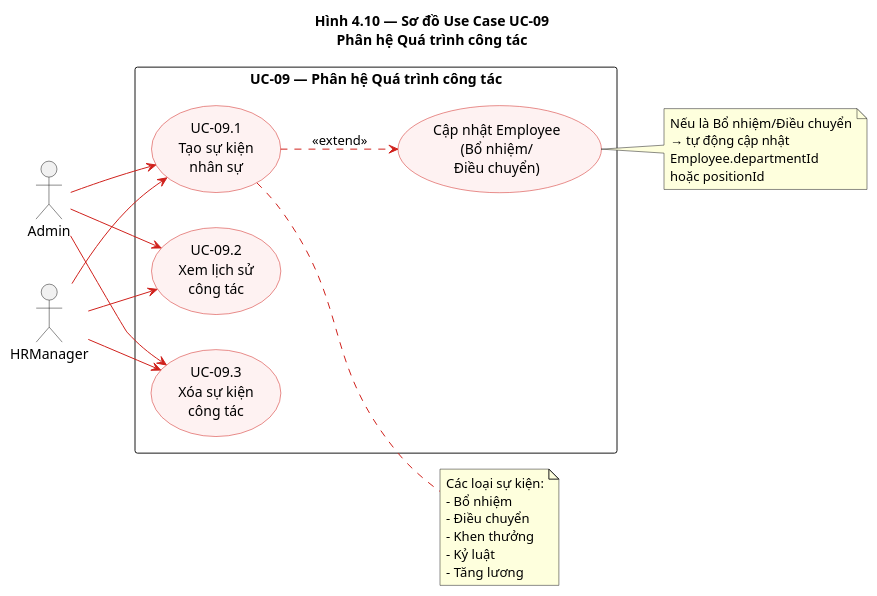
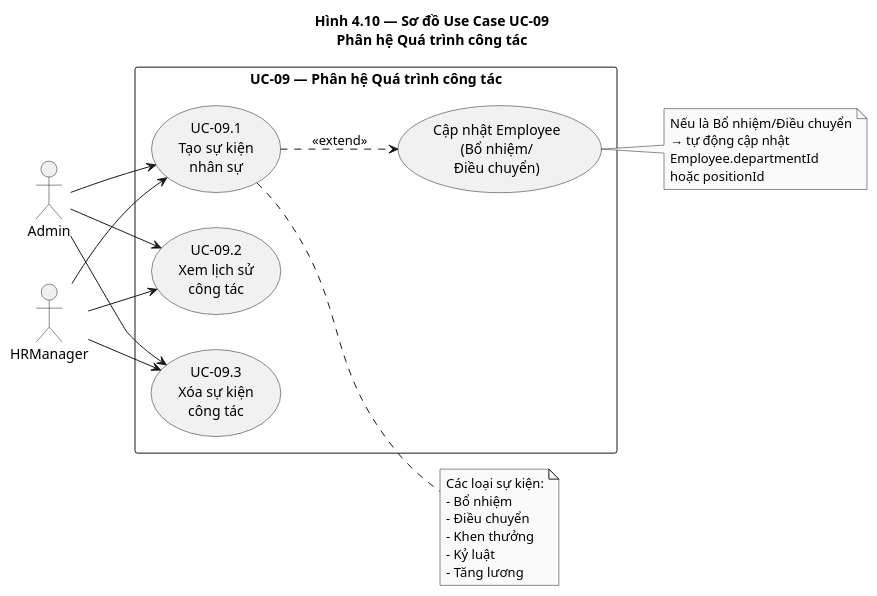
Before and after one commit to Khoa040706/axiom: the diagram in bao-cao/hinh-anh/UML/usecase/uc-09-qua-trinh-ct.puml, drawn with PlantUML. The commit also changed 46 other files, not shown here.

```diff
--- a/bao-cao/hinh-anh/UML/usecase/uc-09-qua-trinh-ct.puml
+++ b/bao-cao/hinh-anh/UML/usecase/uc-09-qua-trinh-ct.puml
@@ -1,49 +1,45 @@
 @startuml
+skinparam monochrome true
+skinparam shadowing false
 title Hình 4.10 — Sơ đồ Use Case UC-09\nPhân hệ Quá trình công tác
-skinparam usecase {
-  BackgroundColor #FEF2F2
-  BorderColor #D0211C
-  ArrowColor #D0211C
-  ActorBorderColor #991414
-  ActorFontStyle Bold
-}
+
 skinparam packageStyle rectangle
 left to right direction
 
 actor "Admin" as Admin
 actor "HRManager" as HR
 
 rectangle "UC-09 — Phân hệ Quá trình công tác" {
   usecase "UC-09.1\nTạo sự kiện\nnhân sự" as UC1
   usecase "UC-09.2\nXem lịch sử\ncông tác" as UC2
   usecase "UC-09.3\nXóa sự kiện\ncông tác" as UC3
 
   usecase "Cập nhật Employee\n(Bổ nhiệm/\nĐiều chuyển)" as EXT1
 }
 
 Admin --> UC1
 Admin --> UC2
 Admin --> UC3
 HR --> UC1
 HR --> UC2
 HR --> UC3
 
 UC1 ..> EXT1 : <<extend>>
 
 note right of UC1
   Các loại sự kiện:
   - Bổ nhiệm
   - Điều chuyển
   - Khen thưởng
   - Kỷ luật
   - Tăng lương
 end note
 
 note right of EXT1
   Nếu là Bổ nhiệm/Điều chuyển
   → tự động cập nhật
   Employee.departmentId
   hoặc positionId
 end note
 
 @enduml
```
